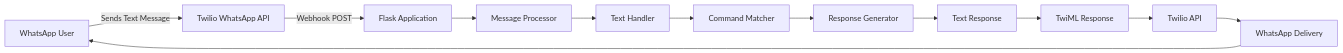
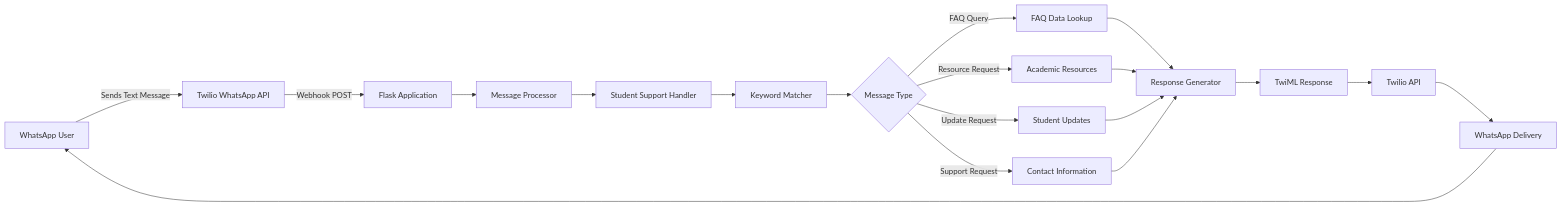
Before and after one commit to sarthak-genai-33/whatsapp-education-bot: the second of 4 diagrams in flowchart.md, drawn with Mermaid. The commit also changed other lines of this file and 2 other files, not shown here.

````diff
--- a/flowchart.md
+++ b/flowchart.md
@@ -105,18 +75,26 @@
 ```mermaid
 flowchart LR
     A[WhatsApp User] -->|Sends Text Message| B[Twilio WhatsApp API]
     B -->|Webhook POST| C[Flask Application]
     
     C --> D[Message Processor]
-    D --> E[Text Handler]
+    D --> E[Student Support Handler]
     
-    E --> F[Command Matcher]
-    F --> G[Response Generator]
+    E --> F[Keyword Matcher]
+    F --> G{Message Type}
     
-    G --> H[Text Response]
-    H --> I[TwiML Response]
+    G -->|FAQ Query| H[FAQ Data Lookup]
+    G -->|Resource Request| I[Academic Resources]
+    G -->|Update Request| J[Student Updates]
+    G -->|Support Request| K[Contact Information]
     
-    I --> J[Twilio API]
-    J --> K[WhatsApp Delivery]
-    K --> A
+    H --> L[Response Generator]
+    I --> L
+    J --> L
+    K --> L
+    
+    L --> M[TwiML Response]
+    M --> N[Twilio API]
+    N --> O[WhatsApp Delivery]
+    O --> A
 ```
````
